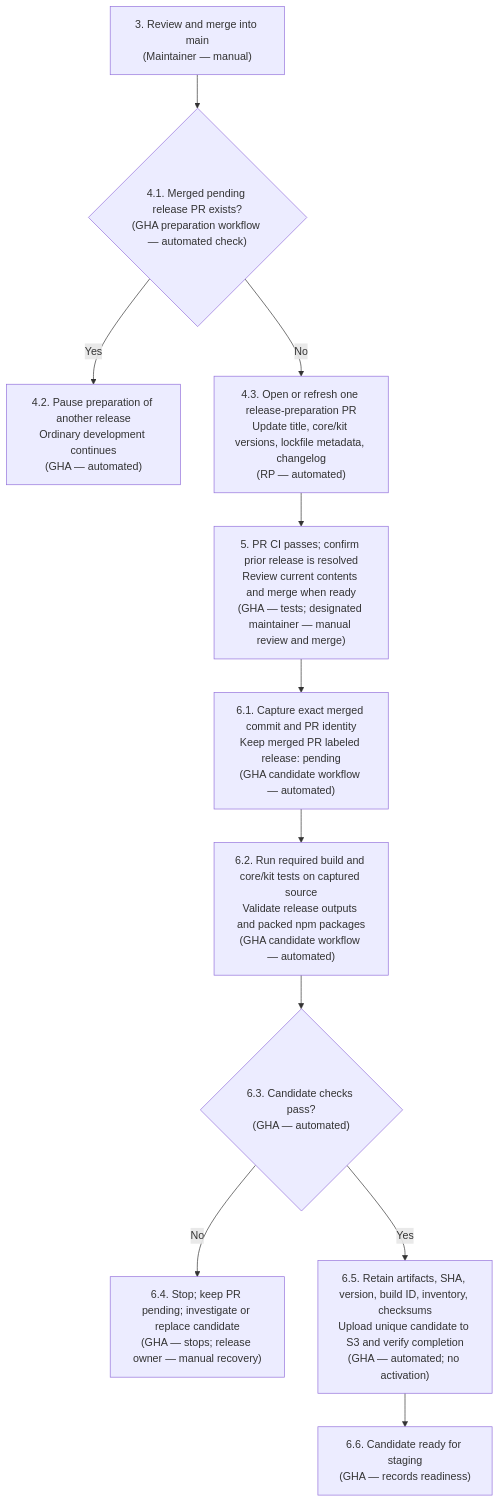
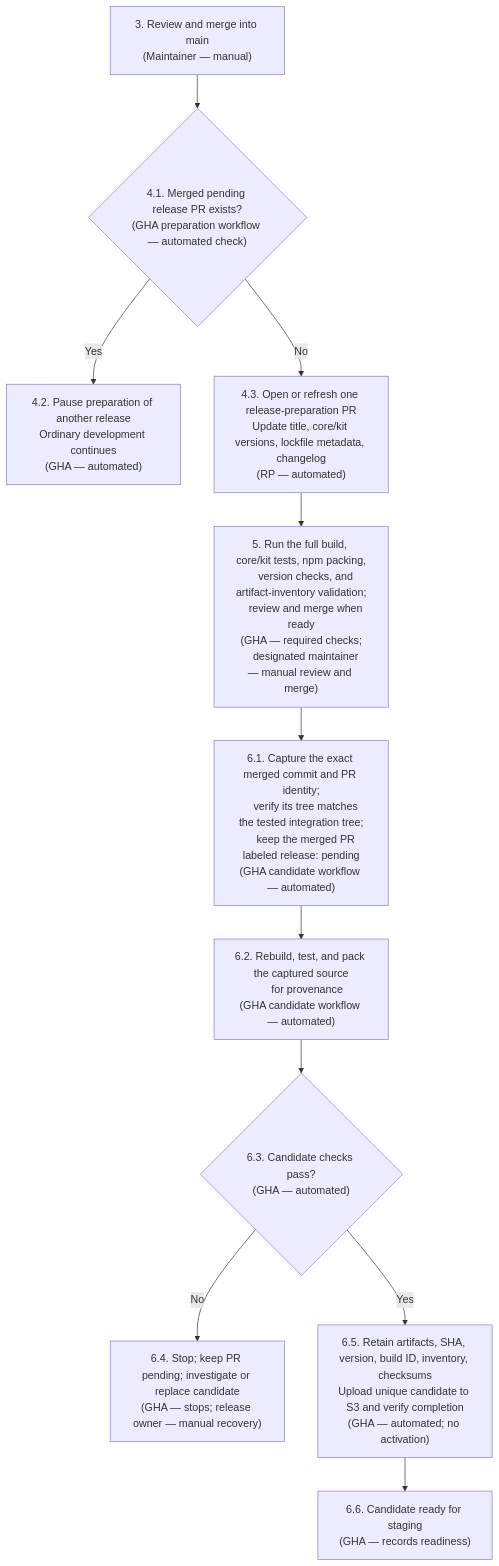
Before and after one commit to mParticle/mparticle-web-sdk: the second of 4 diagrams in v3-trunk-release-flow.md, drawn with Mermaid. The commit also changed other lines of this file, not shown here.

First line of the commit message:
docs(release): clarify v3 trunk release lifecycle

````diff
--- a/v3-trunk-release-flow.md
+++ b/v3-trunk-release-flow.md
@@ -90,14 +91,20 @@
 ```mermaid
 flowchart TD
     C["3. Review and merge into main<br/>(Maintainer — manual)"]
     C --> D{"4.1. Merged pending release PR exists?<br/>(GHA preparation workflow — automated check)"}
     D -- Yes --> E["4.2. Pause preparation of another release<br/>Ordinary development continues<br/>(GHA — automated)"]
     D -- No --> F["4.3. Open or refresh one release-preparation PR<br/>Update title, core/kit versions, lockfile metadata, changelog<br/>(RP — automated)"]
-    F --> G["5. PR CI passes; confirm prior release is resolved<br/>Review current contents and merge when ready<br/>(GHA — tests; designated maintainer — manual review and merge)"]
-    G --> H["6.1. Capture exact merged commit and PR identity<br/>Keep merged PR labeled release: pending<br/>(GHA candidate workflow — automated)"]
-    H --> I["6.2. Run required build and core/kit tests on captured source<br/>Validate release outputs and packed npm packages<br/>(GHA candidate workflow — automated)"]
+    F --> G["5. Run the full build, core/kit tests, npm packing,
+    version checks, and artifact-inventory validation;
+    review and merge when ready<br/>(GHA — required checks;
+    designated maintainer — manual review and merge)"]
+    G --> H["6.1. Capture the exact merged commit and PR identity;
+    verify its tree matches the tested integration tree;
+    keep the merged PR labeled release: pending<br/>(GHA candidate workflow — automated)"]
+    H --> I["6.2. Rebuild, test, and pack the captured source
+    for provenance<br/>(GHA candidate workflow — automated)"]
     I --> J{"6.3. Candidate checks pass?<br/>(GHA — automated)"}
     J -- No --> R["6.4. Stop; keep PR pending; investigate or replace candidate<br/>(GHA — stops; release owner — manual recovery)"]
     J -- Yes --> K["6.5. Retain artifacts, SHA, version, build ID, inventory, checksums<br/>Upload unique candidate to S3 and verify completion<br/>(GHA — automated; no activation)"]
     K --> L["6.6. Candidate ready for staging<br/>(GHA — records readiness)"]
 ```
````
